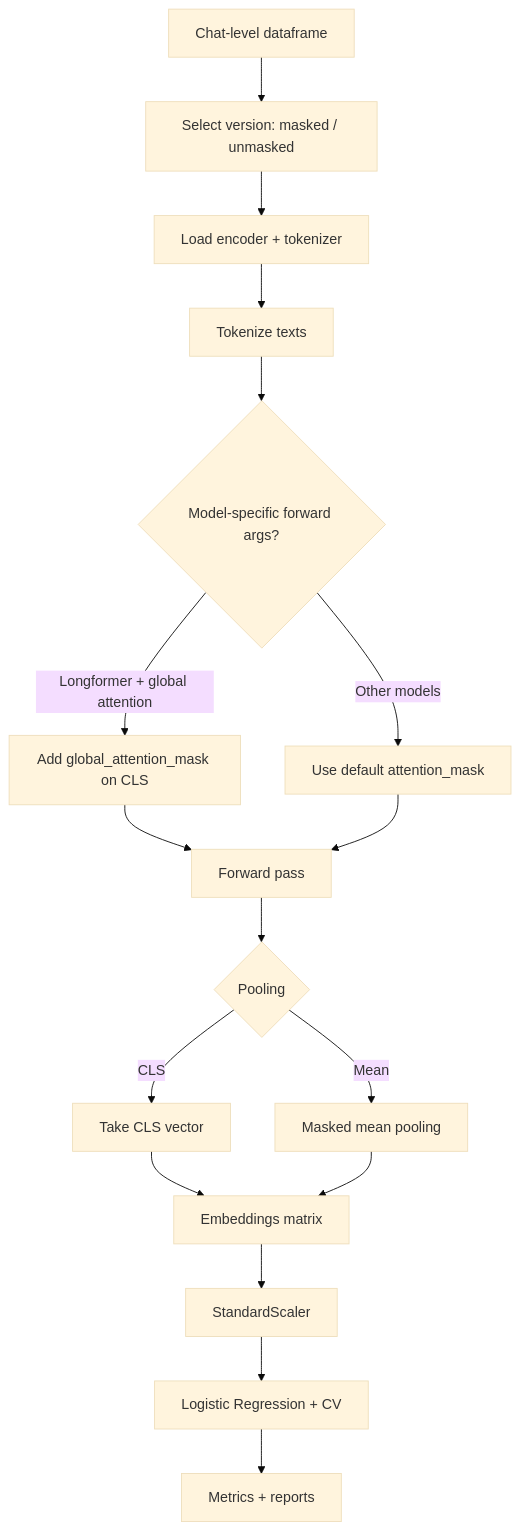
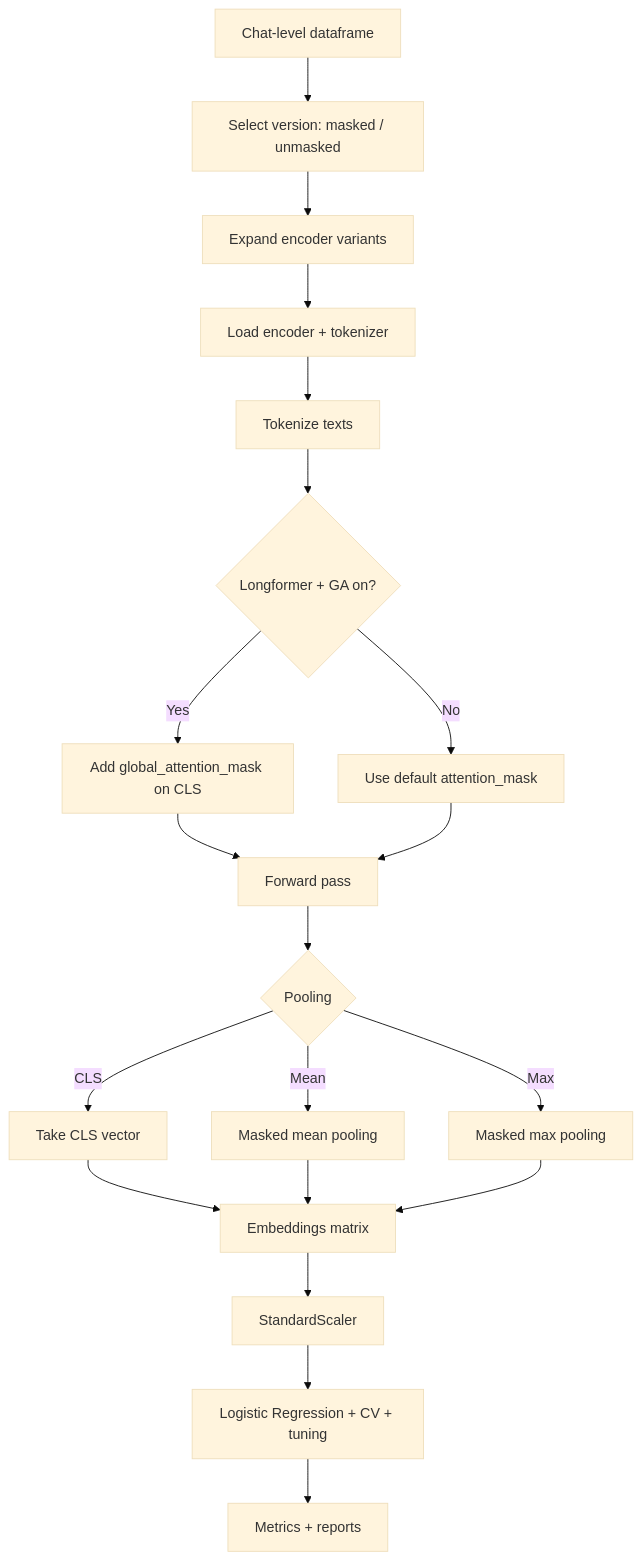
Before and after one commit to AniShpiz/machine_learning_age_llms: the second of 2 diagrams in notebook_flow.md, drawn with Mermaid (base theme). The commit also changed other lines of this file, not shown here.

Commit message:
Add TF-IDF/BoW baselines and meta features and more

````diff
--- a/notebook_flow.md
+++ b/notebook_flow.md
@@ -23,19 +25,22 @@
 ```mermaid
 flowchart TD
     A[Chat-level dataframe] --> B[Select version: masked / unmasked]
-    B --> C[Load encoder + tokenizer]
-    C --> D[Tokenize texts]
-    D --> E{Model-specific forward args?}
-    E -->|Longformer + global attention| F[Add global_attention_mask on CLS]
-    E -->|Other models| G[Use default attention_mask]
-    F --> H[Forward pass]
-    G --> H
-    H --> I{Pooling}
-    I -->|CLS| J[Take CLS vector]
-    I -->|Mean| K[Masked mean pooling]
-    J --> L[Embeddings matrix]
-    K --> L
-    L --> M[StandardScaler]
-    M --> N[Logistic Regression + CV]
-    N --> O[Metrics + reports]
+    B --> C[Expand encoder variants]
+    C --> D[Load encoder + tokenizer]
+    D --> E[Tokenize texts]
+    E --> F{Longformer + GA on?}
+    F -->|Yes| G[Add global_attention_mask on CLS]
+    F -->|No| H[Use default attention_mask]
+    G --> I[Forward pass]
+    H --> I
+    I --> J{Pooling}
+    J -->|CLS| K[Take CLS vector]
+    J -->|Mean| L[Masked mean pooling]
+    J -->|Max| M[Masked max pooling]
+    K --> N[Embeddings matrix]
+    L --> N
+    M --> N
+    N --> O[StandardScaler]
+    O --> P[Logistic Regression + CV + tuning]
+    P --> Q[Metrics + reports]
 ```
````
